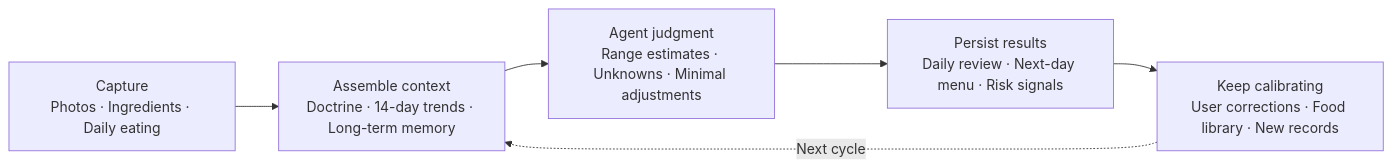
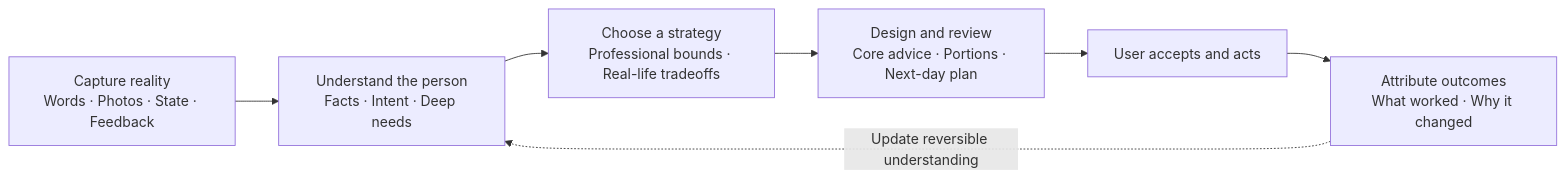
The first of 2 diagrams in README.md (QianQIUlp/meal-circuit), drawn with Mermaid before and after one commit. The commit also changed other lines of this file and 40 other files, not shown here.

````diff
--- a/README.md
+++ b/README.md
@@ -51,9 +49,10 @@
 ```mermaid
 flowchart LR
-    A["Capture<br/>Photos · Ingredients · Daily eating"] --> B["Assemble context<br/>Doctrine · 14-day trends · Long-term memory"]
-    B --> C["Agent judgment<br/>Range estimates · Unknowns · Minimal adjustments"]
-    C --> D["Persist results<br/>Daily review · Next-day menu · Risk signals"]
-    D --> E["Keep calibrating<br/>User corrections · Food library · New records"]
-    E -. Next cycle .-> B
+    A["Capture reality<br/>Words · Photos · State · Feedback"] --> B["Understand the person<br/>Facts · Intent · Deep needs"]
+    B --> C["Choose a strategy<br/>Professional bounds · Real-life tradeoffs"]
+    C --> D["Design and review<br/>Core advice · Portions · Next-day plan"]
+    D --> E["User accepts and acts"]
+    E --> F["Attribute outcomes<br/>What worked · Why it changed"]
+    F -. Update reversible understanding .-> B
 
 ```
````
